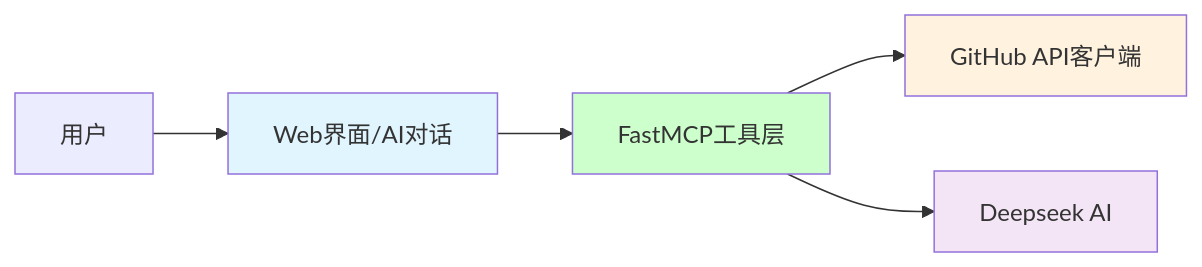
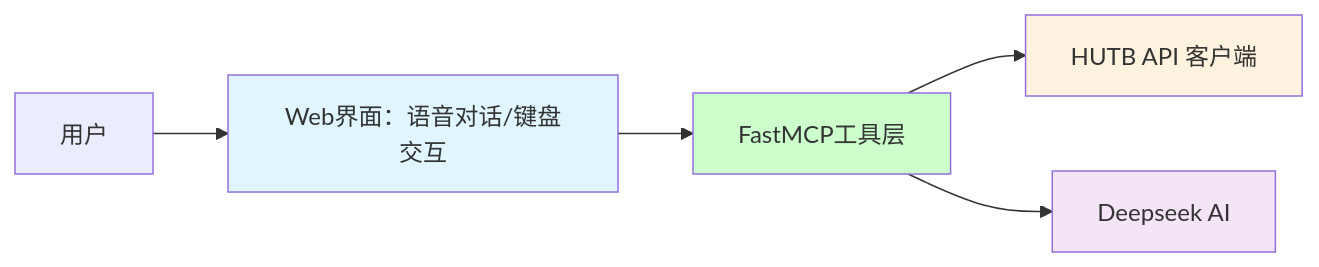
Before and after one commit to OpenHUTB/mcp: the diagram in llm/README.md, drawn with Mermaid. The commit also changed other lines of this file and 1 other file, not shown here.

````diff
--- a/llm/README.md
+++ b/llm/README.md
@@ -214,12 +223,12 @@
 ```mermaid
 graph LR
-    A[用户] --> B[Web界面/AI对话]
+    A[用户] --> B[Web界面：语音对话/键盘交互]
     B --> C[FastMCP工具层]
-    C --> D[GitHub API客户端]
+    C --> D[HUTB API 客户端]
     C --> E[Deepseek AI]
     
     style B fill:#e1f5fe
     style C fill:#ccffcc
     style D fill:#fff3e0
     style E fill:#f3e5f5
 ```
````
